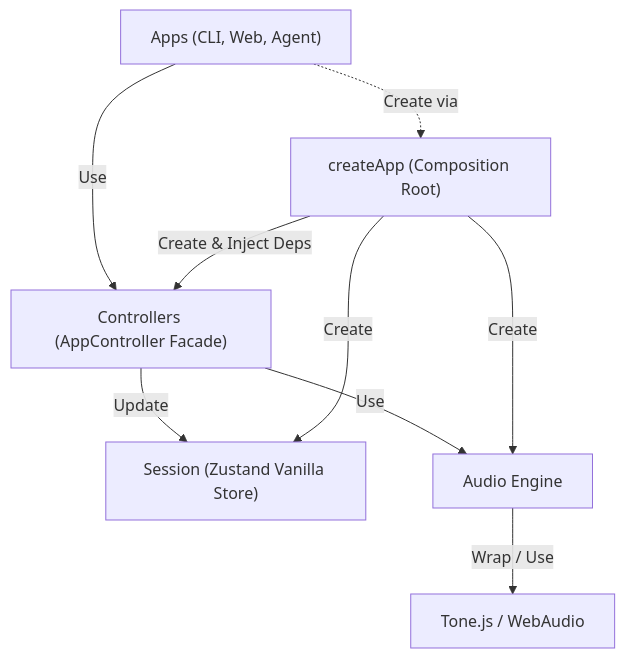
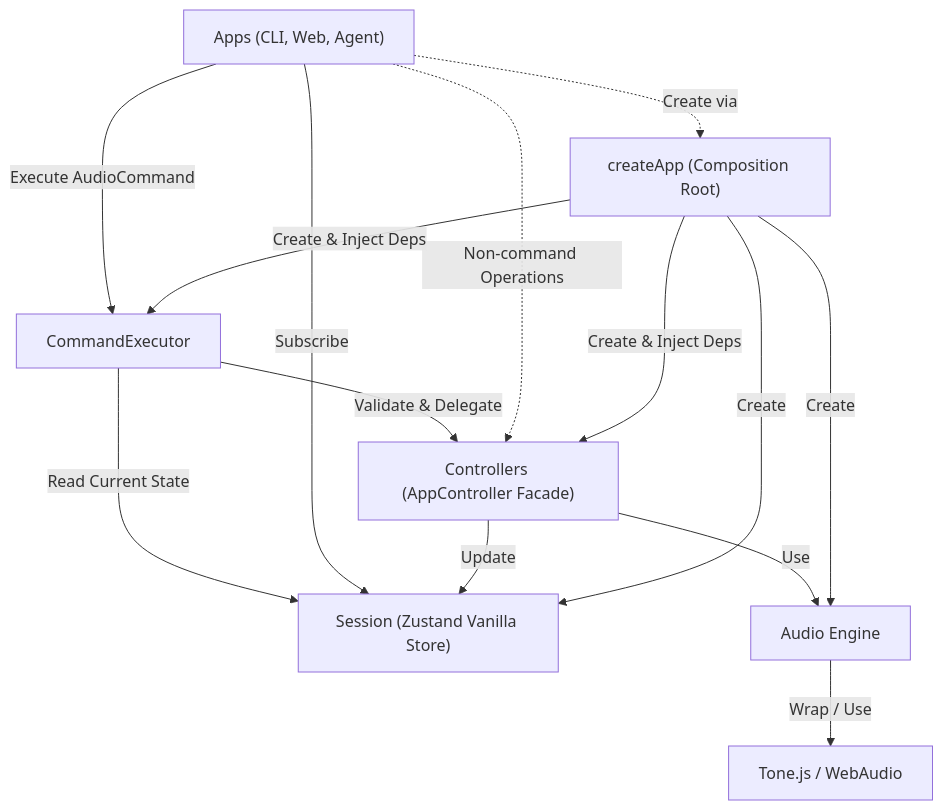
The diagram in src/layers/architecture.md (whizzkid1452/drop-ai), drawn with Mermaid before and after one commit. The commit also changed other lines of this file and 2 other files, not shown here.

Commit message:
refactor(command): 기존 명령 디스패처 정리

````diff
--- a/src/layers/architecture.md
+++ b/src/layers/architecture.md
@@ -10,21 +13,27 @@
 ```mermaid
 graph TD
     Apps["Apps (CLI, Web, Agent)"]
+    Commands["CommandExecutor"]
     Controllers["Controllers (AppController Facade)"]
     Session["Session (Zustand Vanilla Store)"]
     AudioEngine["Audio Engine"]
     ToneJS["Tone.js / WebAudio"]
     CreateApp["createApp (Composition Root)"]
 
-    Apps -->|Use| Controllers
+    Apps -->|Execute AudioCommand| Commands
+    Commands -->|Validate & Delegate| Controllers
+    Commands -->|Read Current State| Session
+    Apps -.->|Non-command Operations| Controllers
+    Apps -->|Subscribe| Session
     Apps -.->|Create via| CreateApp
 
     Controllers -->|Use| AudioEngine
     Controllers -->|Update| Session
 
     AudioEngine -->|Wrap / Use| ToneJS
 
     CreateApp -->|Create| AudioEngine
     CreateApp -->|Create| Session
     CreateApp -->|Create & Inject Deps| Controllers
+    CreateApp -->|Create & Inject Deps| Commands
 ```
````
